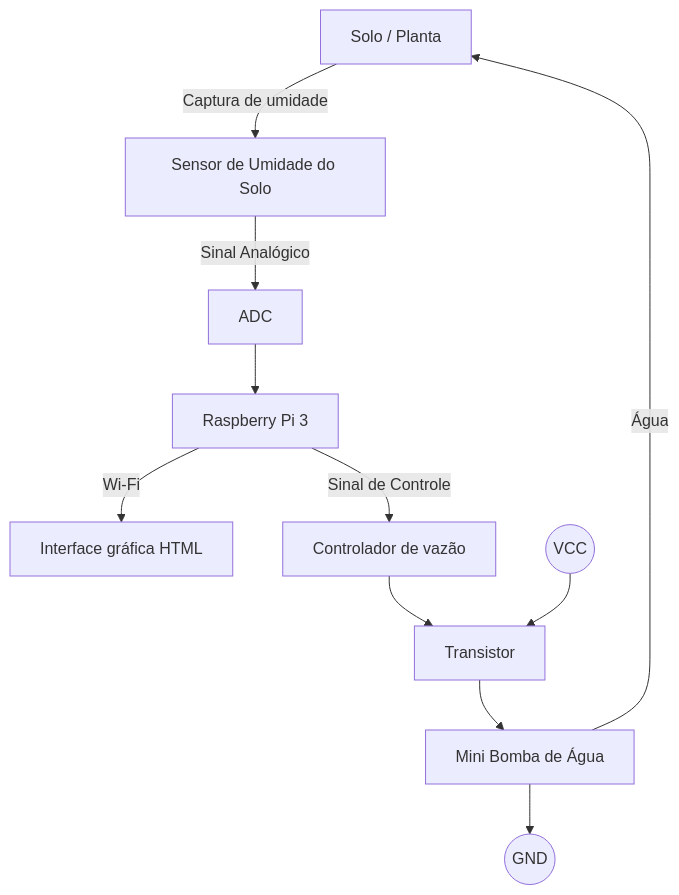
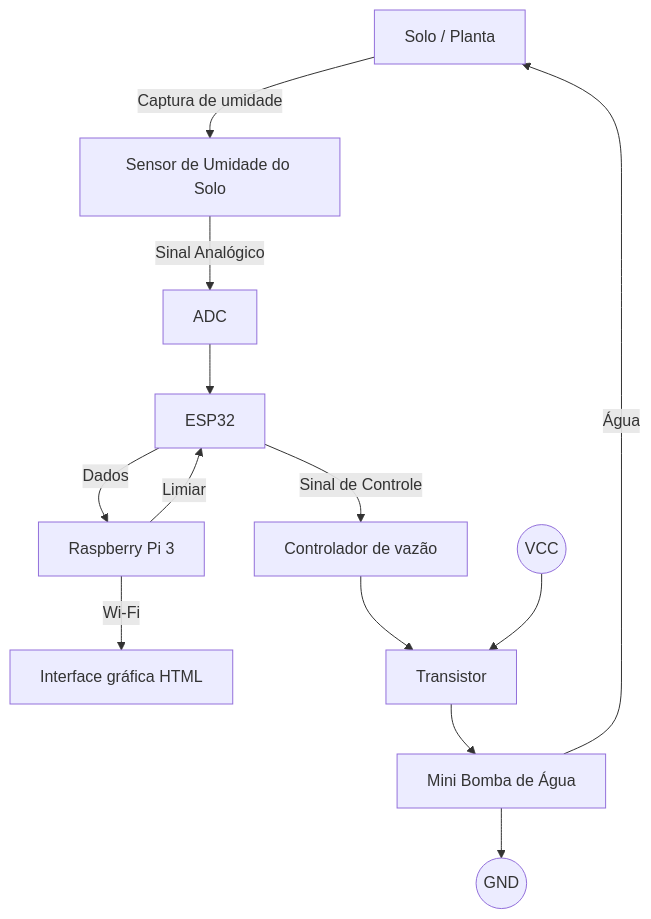
One commit to rosavinicius/PCS3732-GrupoK-Projeto- changed the first of 2 diagrams in README.md. Above: the diagram before and after it, drawn with Mermaid. The commit also changed other lines of this file, not shown here.

````diff
--- a/README.md
+++ b/README.md
@@ -57,14 +60,16 @@
 ```mermaid
 graph TD
     Subgraph1[Solo / Planta]
     Sensor[Sensor de Umidade do Solo] -->|Sinal Analógico| ADC[ADC]
-    ADC --> Raspberry[Raspberry Pi 3]
-    Raspberry -->|Wi-Fi| HTML[Interface gráfica HTML]
-    Raspberry -->|Sinal de Controle| Controller[Controlador de vazão]
+    ADC --> ESP[ESP32]
+    ESP --> |Dados| Raspberry[Raspberry Pi 3]
+    Raspberry --> |Limiar| ESP
+    Raspberry --> |Wi-Fi| HTML[Interface gráfica HTML]
+    ESP -->|Sinal de Controle| Controller[Controlador de vazão]
     Controller --> Transistor[Transistor]
     VCC((VCC)) --> Transistor
     Transistor --> Pump[Mini Bomba de Água]
     Pump --> GND((GND))
     Pump -->|Água| Subgraph1
     Subgraph1 -->|Captura de umidade| Sensor
 ```
````
